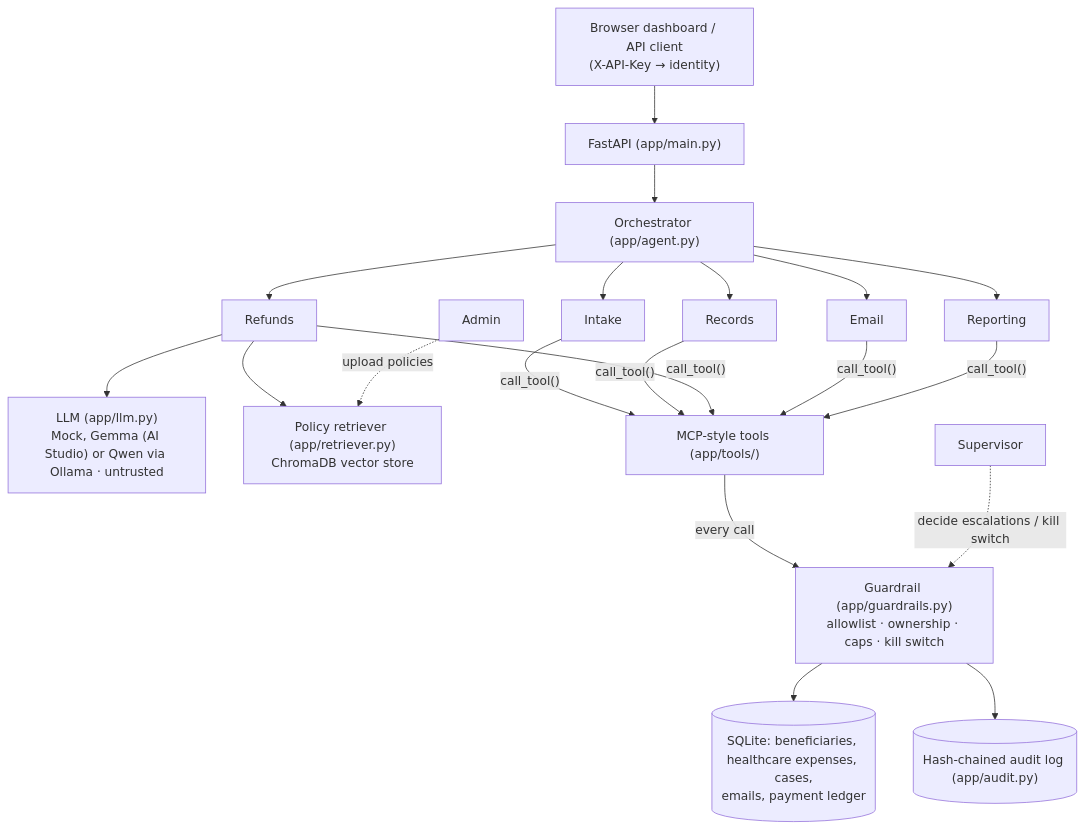
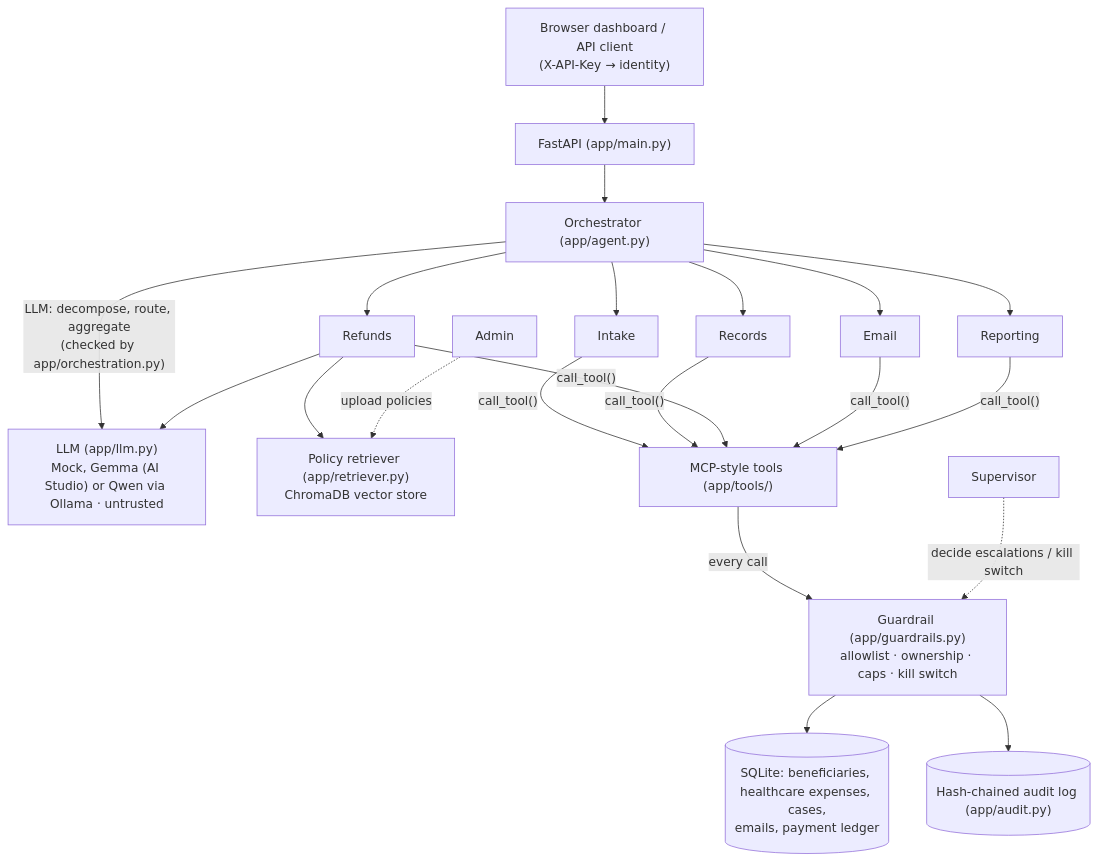
Before and after one commit to sujihancock/CSEN296-PROJECT-TEAM4: the diagram in README.md, drawn with Mermaid. The commit also changed other lines of this file and 5 other files, not shown here.

````diff
--- a/README.md
+++ b/README.md
@@ -85,14 +85,15 @@
 ```mermaid
 flowchart TD
     UI["Browser dashboard / API client<br/>(X-API-Key → identity)"] --> API["FastAPI (app/main.py)"]
     API --> Orch["Orchestrator (app/agent.py)"]
+    Orch -->|"LLM: decompose, route, aggregate<br/>(checked by app/orchestration.py)"| LLM
     Orch --> Intake & Records & Refunds & Email & Reporting
     Refunds --> LLM["LLM (app/llm.py)<br/>Mock, Gemma (AI Studio) or Qwen via Ollama · untrusted"]
     Refunds --> RAG["Policy retriever (app/retriever.py)<br/>ChromaDB vector store"]
     Intake & Records & Refunds & Email & Reporting -->|"call_tool()"| Tools["MCP-style tools (app/tools/)"]
     Tools -->|"every call"| G["Guardrail (app/guardrails.py)<br/>allowlist · ownership · caps · kill switch"]
     G --> DB[("SQLite: beneficiaries, healthcare expenses, cases,<br/>emails, payment ledger")]
     G --> Audit[("Hash-chained audit log (app/audit.py)")]
     Sup["Supervisor"] -.->|"decide escalations / kill switch"| G
     Admin["Admin"] -.->|"upload policies"| RAG
 ```
````
